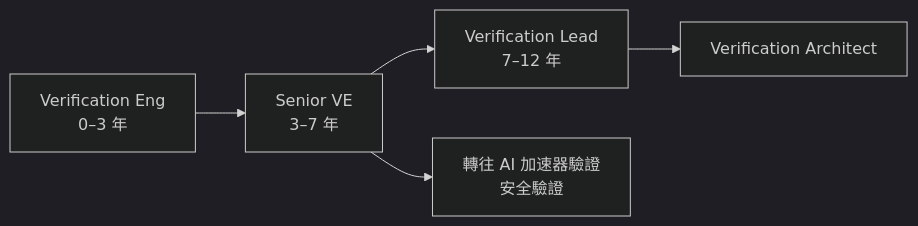
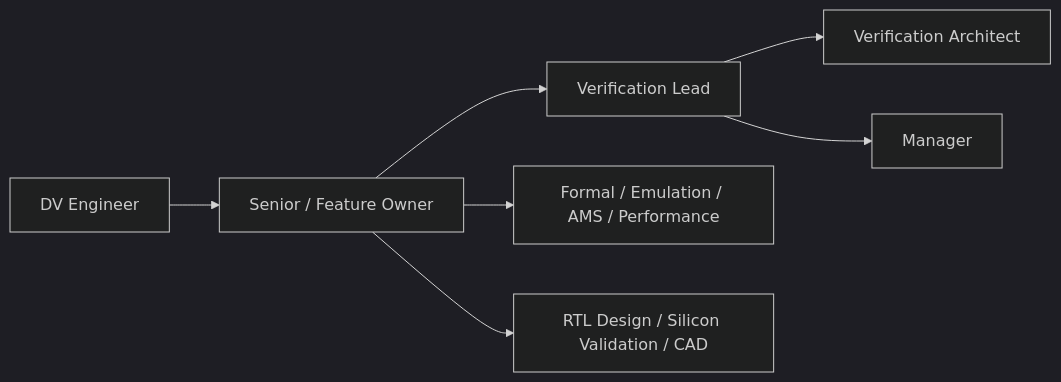
Before and after one commit to wizardhsiehcom/book: the second of 2 diagrams in docs/semi-jobs/03-verification.md, drawn with Mermaid (dark theme). The commit also changed other lines of this file and 5 other files, not shown here.

````diff
--- a/docs/semi-jobs/03-verification.md
+++ b/docs/semi-jobs/03-verification.md
@@ -37,7 +61,9 @@
 ```mermaid
 flowchart LR
-    V0["Verification Eng<br/>0–3 年"] --> V1["Senior VE<br/>3–7 年"]
-    V1 --> V2["Verification Lead<br/>7–12 年"]
-    V2 --> V3["Verification Architect"]
-    V1 --> AI["轉往 AI 加速器驗證<br/>安全驗證"]
+    J["DV Engineer"] --> S["Senior / Feature Owner"]
+    S --> L["Verification Lead"]
+    L --> A["Verification Architect"]
+    L --> M["Manager"]
+    S --> F["Formal / Emulation / AMS / Performance"]
+    S --> X["RTL Design / Silicon Validation / CAD"]
 ```
````
